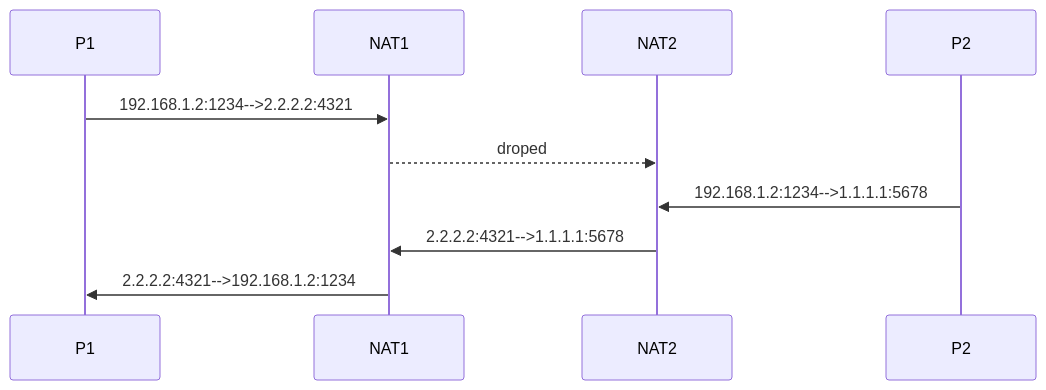
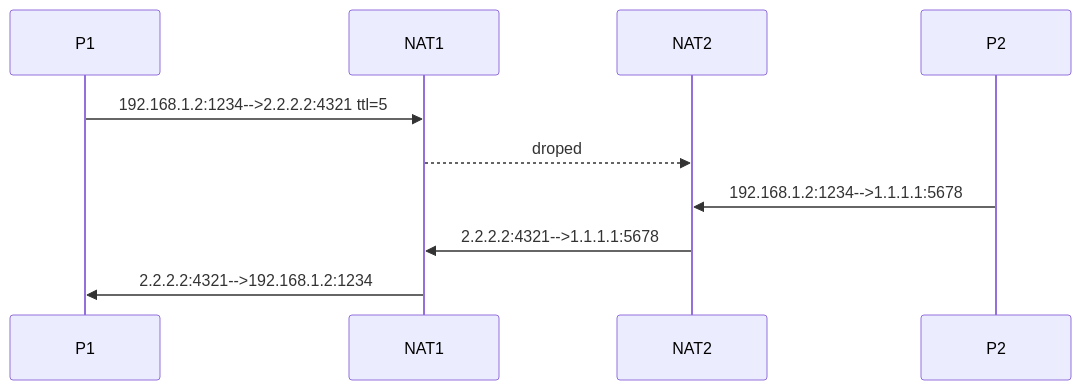
The second of 3 diagrams in docs/计算机网络/NAT 穿透.md (1314liuwei/blog), drawn with Mermaid before and after one commit. The commit also changed other lines of this file, not shown here.

`````diff
--- a/docs/计算机网络/NAT 穿透.md
+++ b/docs/计算机网络/NAT 穿透.md
@@ -32,8 +32,8 @@
 ``` mermaid
 sequenceDiagram
-    P1->>NAT1: 192.168.1.2:1234-->2.2.2.2:4321 
+    P1->>NAT1: 192.168.1.2:1234-->2.2.2.2:4321 ttl=5
     NAT1-->>NAT2: droped
     P2->>NAT2: 192.168.1.2:1234-->1.1.1.1:5678
     NAT2->>NAT1: 2.2.2.2:4321-->1.1.1.1:5678
     NAT1->>P1: 2.2.2.2:4321-->192.168.1.2:1234
-````
+```
`````
